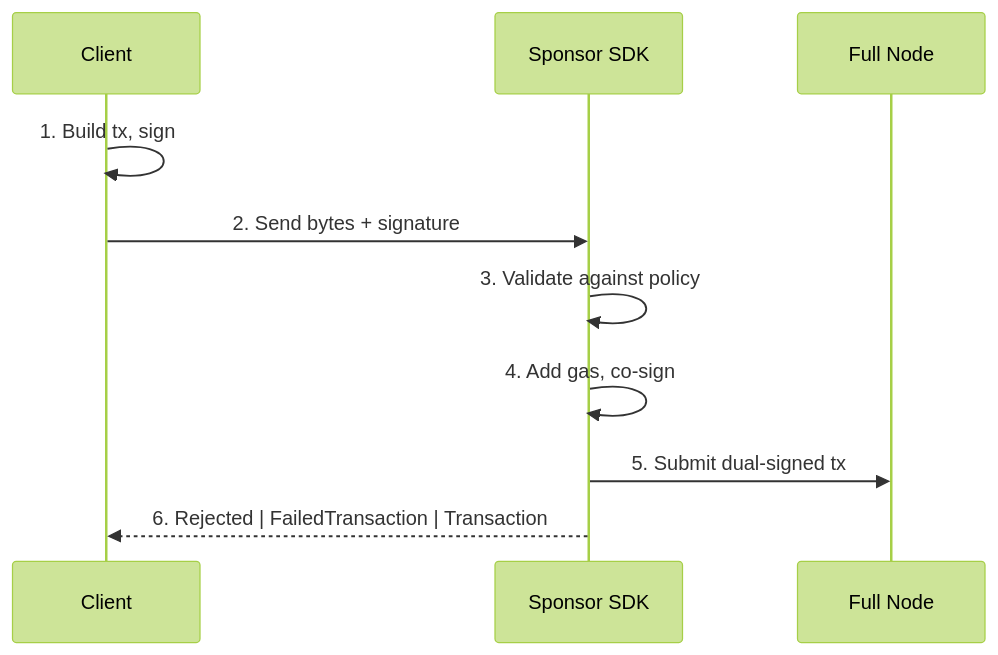
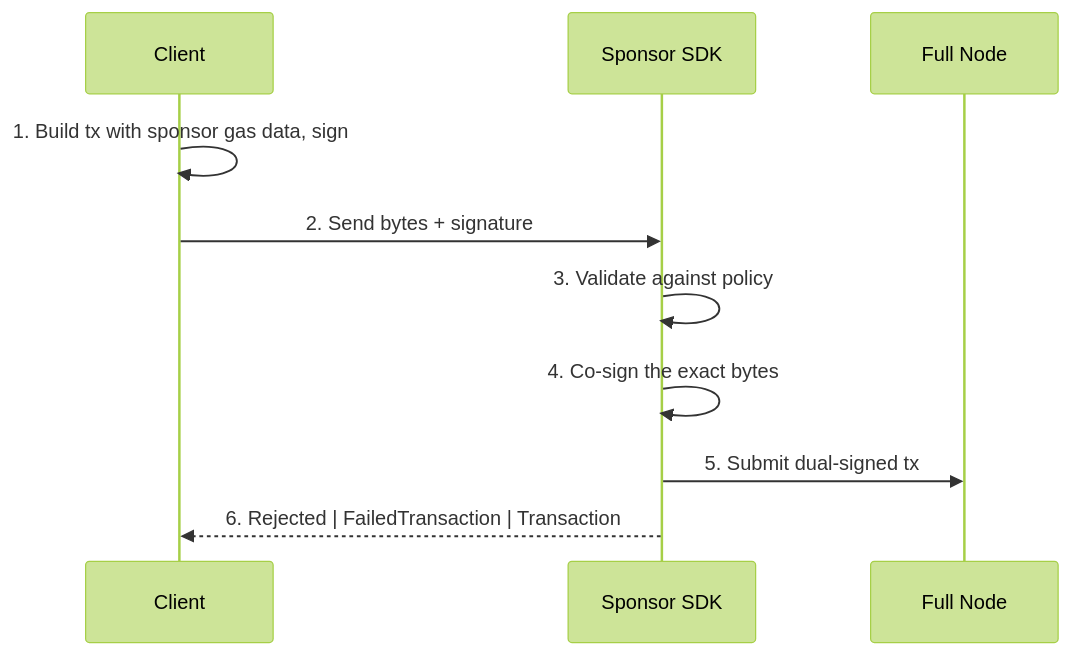
One commit to MystenLabs/sui changed the diagram in docs/content/onchain-finance/gas-station.mdx. Above: the diagram before and after it, drawn with Mermaid (forest theme). The commit also changed other lines of this file and 7 other files, not shown here.

First line of the commit message:
docs: cut gas station page down to the Sponsor SDK content

````diff
--- a/docs/content/onchain-finance/gas-station.mdx
+++ b/docs/content/onchain-finance/gas-station.mdx
@@ -76,12 +73,12 @@
 ```mermaid
 sequenceDiagram
     participant C as Client
     participant S as Sponsor SDK
     participant N as Full Node
-    C->>C: 1. Build tx, sign
+    C->>C: 1. Build tx with sponsor gas data, sign
     C->>S: 2. Send bytes + signature
     S->>S: 3. Validate against policy
-    S->>S: 4. Add gas, co-sign
+    S->>S: 4. Co-sign the exact bytes
     S->>N: 5. Submit dual-signed tx
     S-->>C: 6. Rejected | FailedTransaction | Transaction
 ```
````
